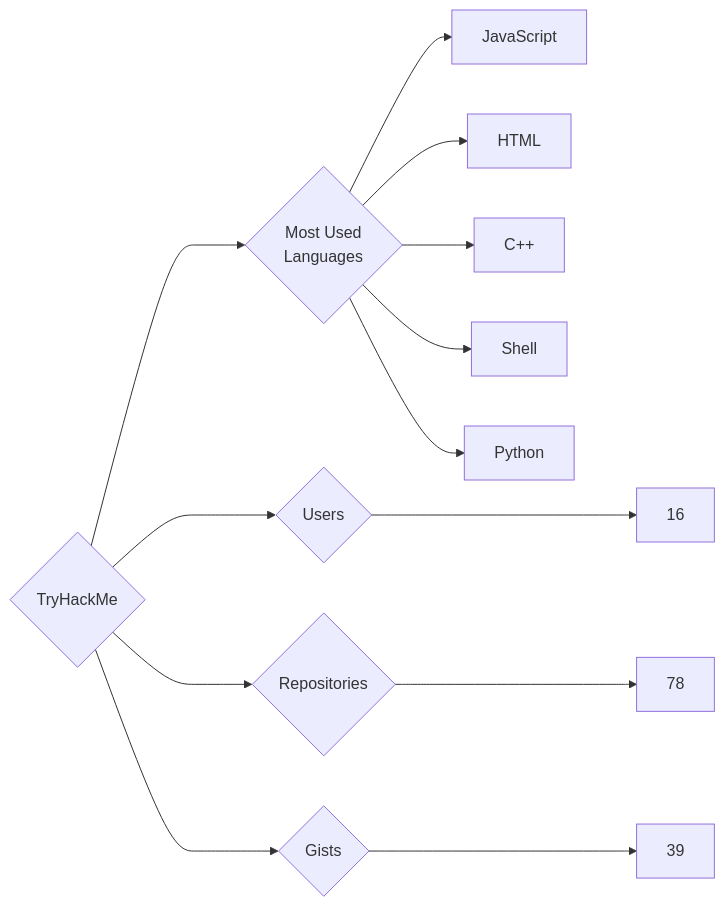
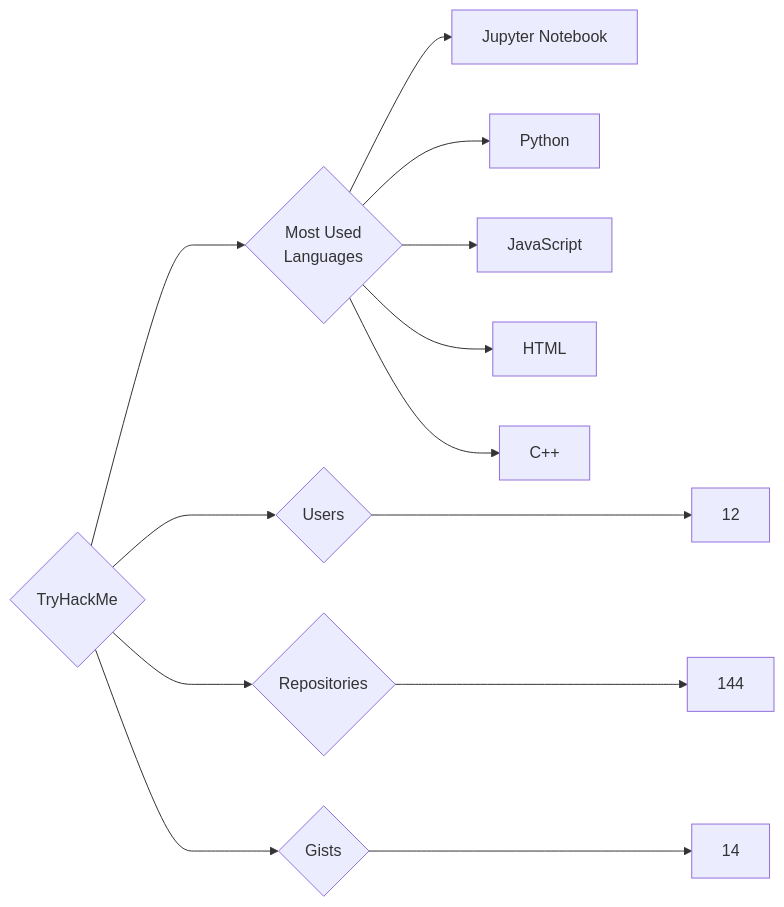
Before and after one commit to trickest/insiders: the diagram in targets/TryHackMe/README.md, drawn with Mermaid. The commit also changed 928 other files, not shown here.

````diff
--- a/targets/TryHackMe/README.md
+++ b/targets/TryHackMe/README.md
@@ -3,13 +3,13 @@
 ```mermaid
 graph LR
 COMPANY_NAME{TryHackMe}
-COMPANY_NAME ---> U{Users} ---> UN[16]
-COMPANY_NAME ---> R{Repositories} ---> RN[78]
-COMPANY_NAME ---> G{Gists} ---> GN[39]
+COMPANY_NAME ---> U{Users} ---> UN[12]
+COMPANY_NAME ---> R{Repositories} ---> RN[144]
+COMPANY_NAME ---> G{Gists} ---> GN[14]
 COMPANY_NAME ---> ML{Most Used<br>Languages}
+ML --> Jupyter_Notebook[Jupyter Notebook]
+ML --> Python[Python]
 ML --> JavaScript[JavaScript]
 ML --> HTML[HTML]
 ML --> C++[C++]
-ML --> Shell[Shell]
-ML --> Python[Python]
 ```
````
